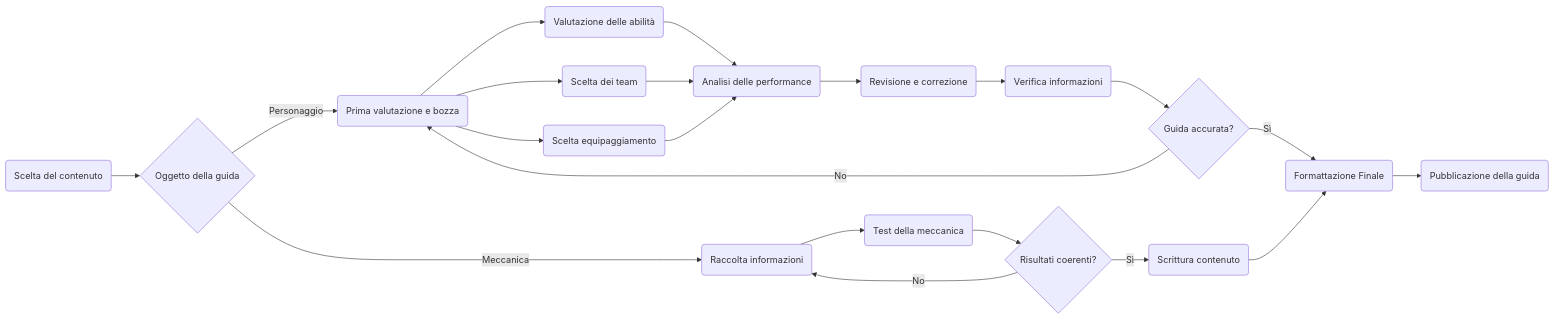
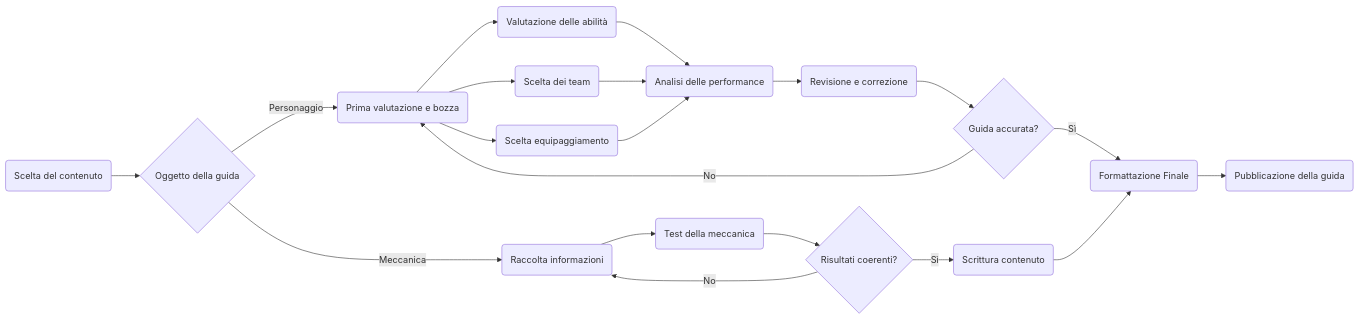
The diagram in RelazioneProgettoEsame.md (RafVale/Progetto-Editoria-Digitale), drawn with Mermaid before and after one commit.

````diff
--- a/RelazioneProgettoEsame.md
+++ b/RelazioneProgettoEsame.md
@@ -61,22 +61,21 @@
 ```mermaid
 flowchart LR
     A(Scelta del contenuto) --> B{Oggetto della guida}
         B --> |Personaggio| C(Prima valutazione e bozza)
             C --> D(Valutazione delle abilità)
             C --> E(Scelta dei team)
             C --> F(Scelta equipaggiamento)
             D & E & F --> G(Analisi delle performance)
             G --> H(Revisione e correzione)
-            H --> I(Verifica informazioni)
-            I --> L{Guida accurata?}
-        L --> |Sì| Y(Formattazione Finale)
-        L --> |No| C(Prima valutazione e bozza)
+            H --> I{Guida accurata?}
+        I --> |Sì| Y(Formattazione Finale)
+        I --> |No| C(Prima valutazione e bozza)
 
     B -->|Meccanica| M(Raccolta informazioni)
         M --> N(Test della meccanica)
         N--> O{Risultati coerenti?}
             O -->|Sì| P(Scrittura contenuto)
             O -->|No| M(Raccolta informazioni)
         P --> Y(Formattazione Finale)
     Y--> Z(Pubblicazione della guida)
 ```
````
